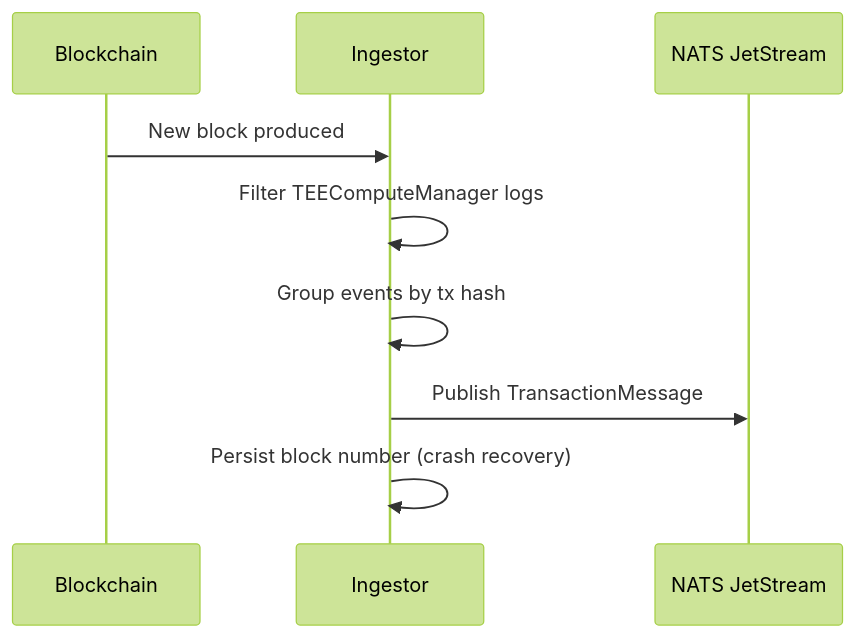
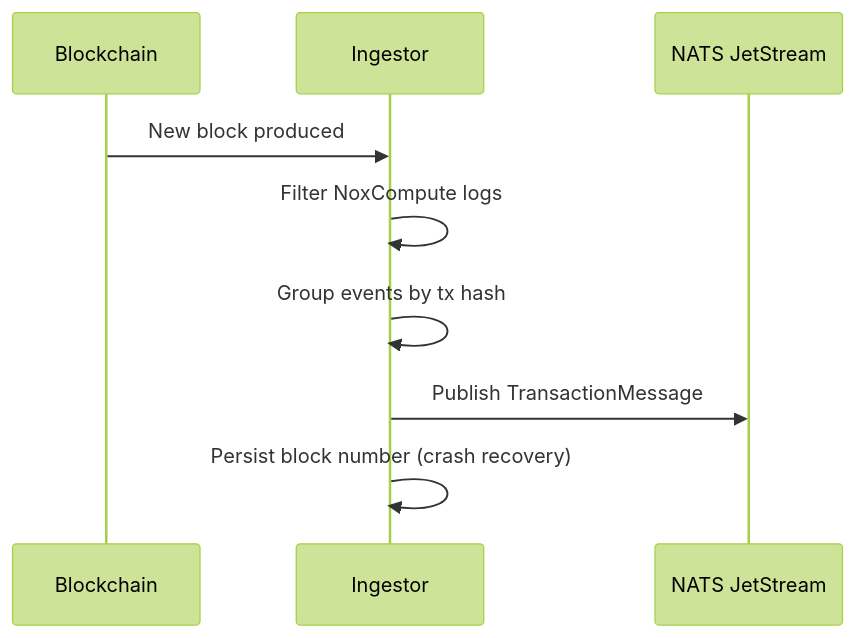
One commit to iExec-Nox/documentation changed the diagram in src/protocol/ingestor.md. Above: the diagram before and after it, drawn with Mermaid (forest theme). The commit also changed other lines of this file and 2 other files, not shown here.

Commit message:
docs: rename TEEComputeManager to NoxCompute and apply contract updates (#23)

````diff
--- a/src/protocol/ingestor.md
+++ b/src/protocol/ingestor.md
@@ -23,12 +22,12 @@
 ```mermaid
 sequenceDiagram
     participant BC as Blockchain
     participant I as Ingestor
     participant NATS as NATS JetStream
 
     BC->>I: New block produced
-    I->>I: Filter TEEComputeManager logs
+    I->>I: Filter NoxCompute logs
     I->>I: Group events by tx hash
     I->>NATS: Publish TransactionMessage
     I->>I: Persist block number (crash recovery)
 ```
````
